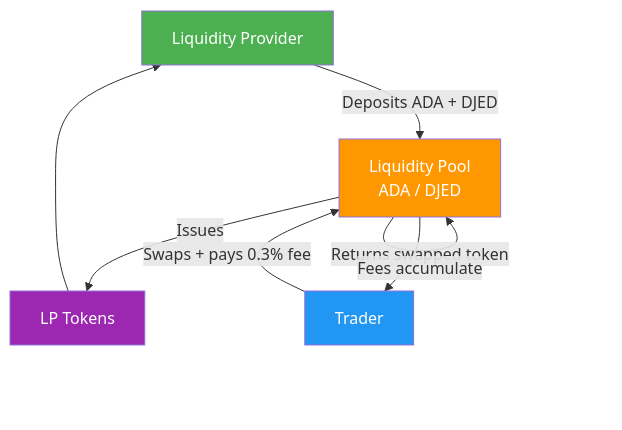
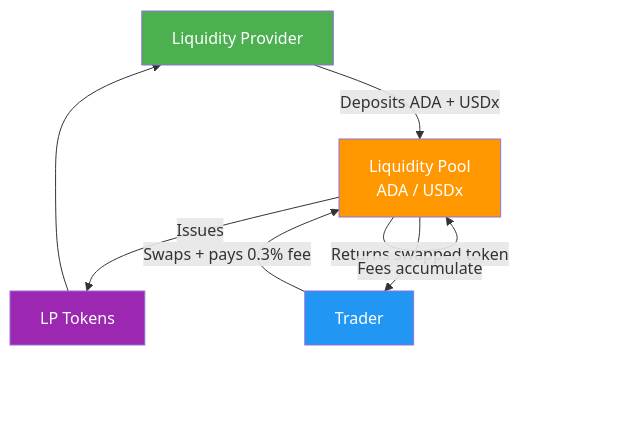
One commit to cardano-foundation/developer-portal changed the second of 3 diagrams in docs/developers/curriculum/05-dapps/defi.md. Above: the diagram before and after it, drawn with Mermaid. The commit also changed other lines of this file and 12 other files, not shown here.

````diff
--- a/docs/developers/curriculum/05-dapps/defi.md
+++ b/docs/developers/curriculum/05-dapps/defi.md
@@ -96,13 +100,13 @@
 ```mermaid
 graph TD
-    LP[Liquidity Provider] -->|Deposits ADA + DJED| Pool[Liquidity Pool\nADA / DJED]
+    LP[Liquidity Provider] -->|Deposits ADA + USDx| Pool[Liquidity Pool\nADA / USDx]
     Pool -->|Issues| LPT[LP Tokens]
     LPT --> LP
     Trader[Trader] -->|Swaps + pays 0.3% fee| Pool
     Pool -->|Returns swapped token| Trader
     Pool -->|Fees accumulate| Pool
     style LP fill:#4CAF50,color:#fff
     style Trader fill:#2196F3,color:#fff
     style Pool fill:#FF9800,color:#fff
     style LPT fill:#9C27B0,color:#fff
 ```
````
